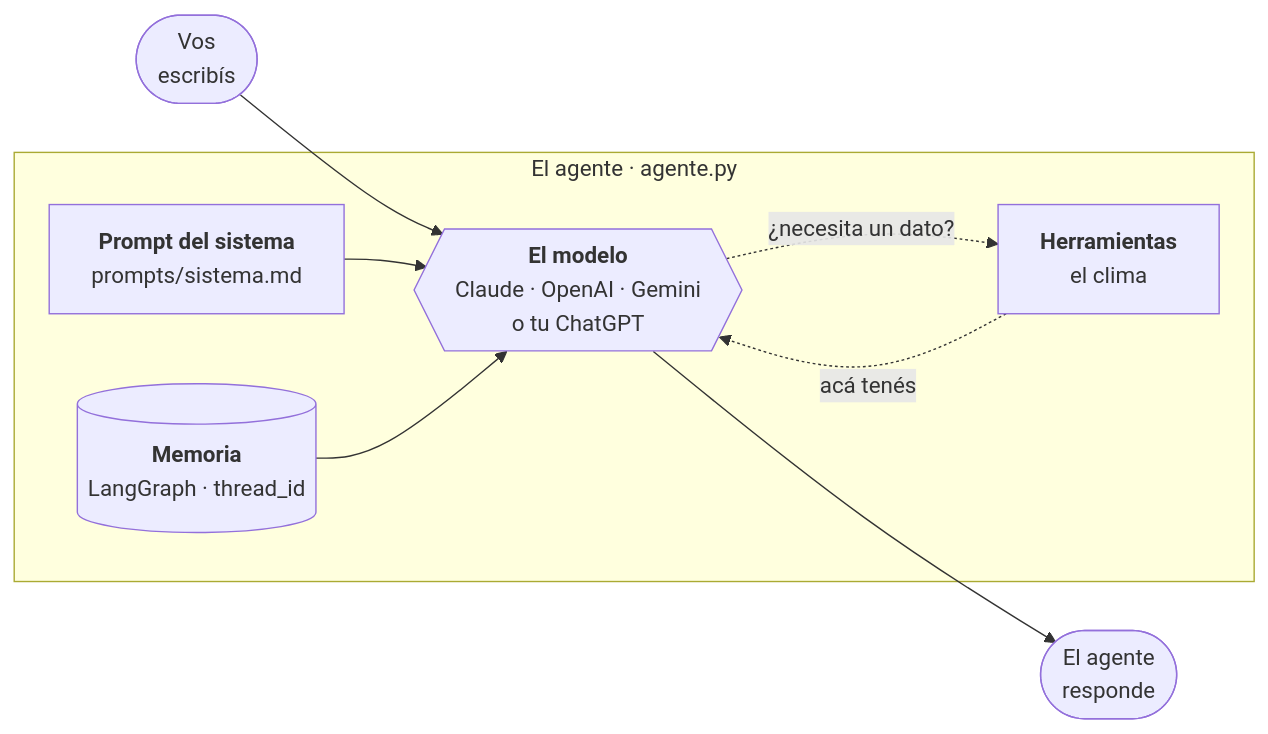
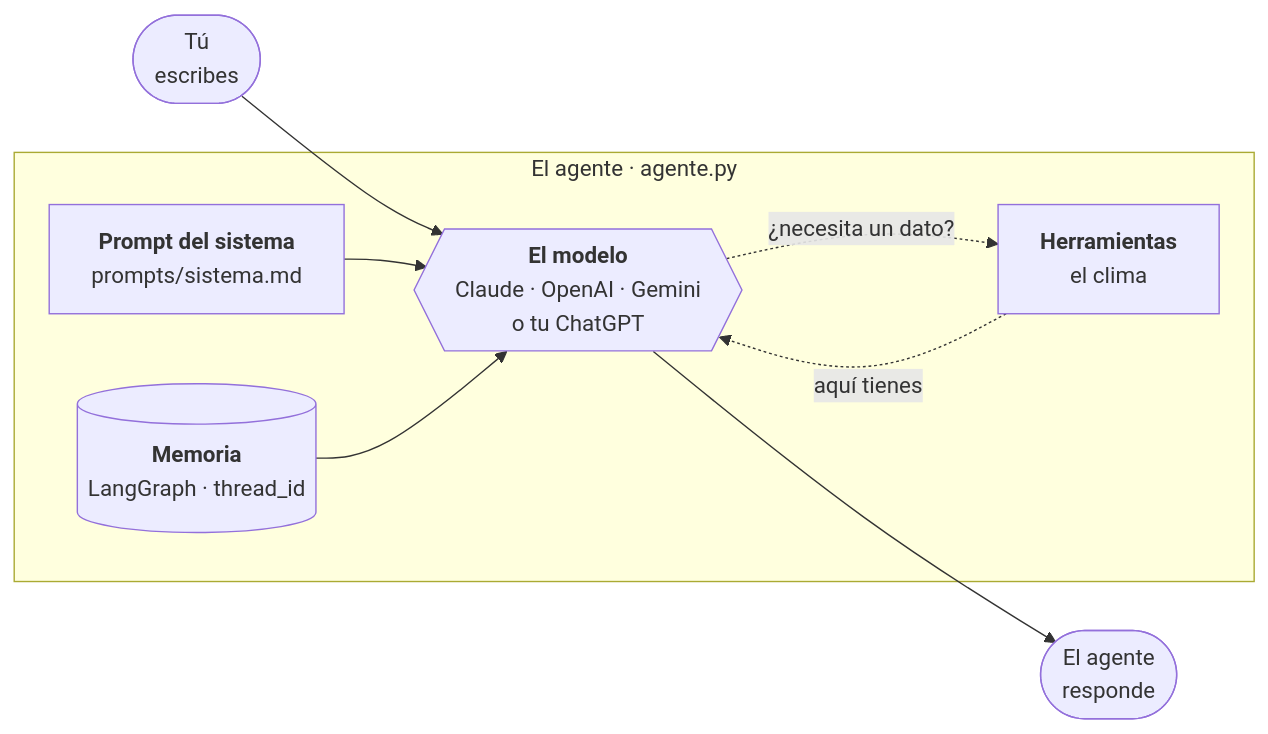
One commit to jrcosio/agente-cosionet changed the first of 2 diagrams in README.md. Above: the diagram before and after it, drawn with Mermaid. The commit also changed other lines of this file and 32 other files, not shown here.

````diff
--- a/README.md
+++ b/README.md
@@ -133,13 +133,13 @@
 ```mermaid
 flowchart LR
-    V(["Vos<br>escribís"]) --> M
+    V(["Tú<br>escribes"]) --> M
 
     subgraph AG["El agente · agente.py"]
         S["<b>Prompt del sistema</b><br>prompts/sistema.md"] --> M{{"<b>El modelo</b><br>Claude · OpenAI · Gemini<br>o tu ChatGPT"}}
         MEM[("<b>Memoria</b><br>LangGraph · thread_id")] --> M
         M -.->|"¿necesita un dato?"| H["<b>Herramientas</b><br>el clima"]
-        H -.->|"acá tenés"| M
+        H -.->|"aquí tienes"| M
     end
 
     M --> R(["El agente<br>responde"])
 ```
````
